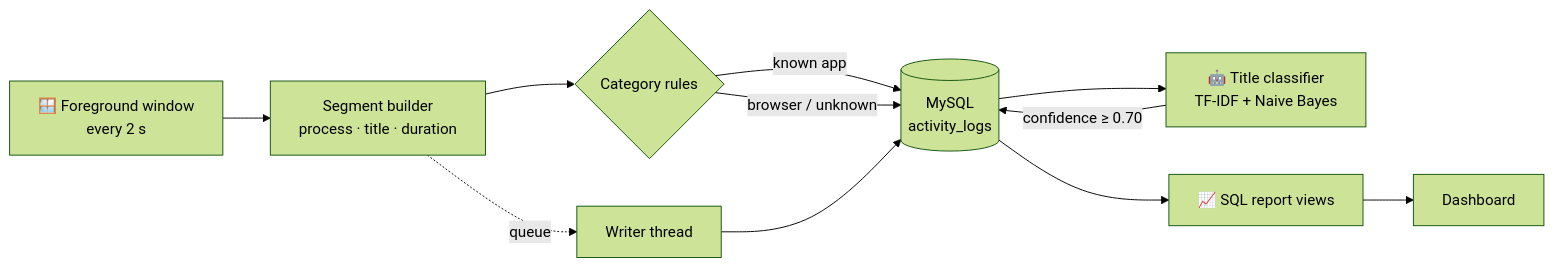
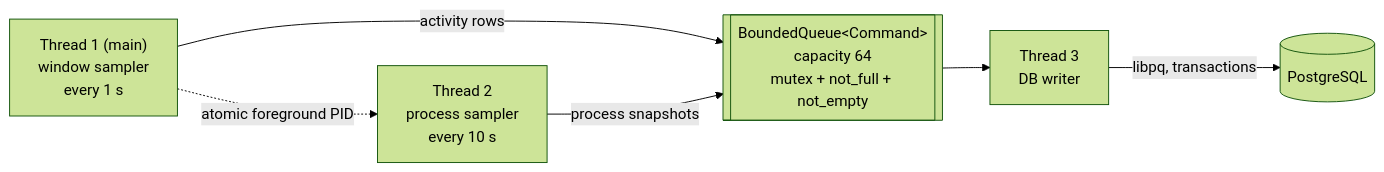
Before and after one commit to htetmyet19/FocusOs: the diagram in README.md, drawn with Mermaid (forest theme). The commit also changed other lines of this file and 43 other files, not shown here.

First line of the commit message:
Merge monitor into tracker on PostgreSQL; add OS process/CPU monitoring

````diff
--- a/README.md
+++ b/README.md
@@ -72,12 +73,8 @@
 ```mermaid
 flowchart LR
-    A[🪟 Foreground window<br/>every 2 s] --> B[Segment builder<br/>process · title · duration]
-    B --> C{Category rules}
-    C -->|known app| D[(MySQL<br/>activity_logs)]
-    C -->|browser / unknown| D
-    B -. queue .-> W[Writer thread] --> D
-    D --> E[🤖 Title classifier<br/>TF-IDF + Naive Bayes]
-    E -->|confidence ≥ 0.70| D
-    D --> F[📈 SQL report views]
-    F --> G[Dashboard]
+    T1["Thread 1 (main)<br/>window sampler<br/>every 1 s"] -->|activity rows| Q
+    T2["Thread 2<br/>process sampler<br/>every 10 s"] -->|process snapshots| Q
+    Q[["BoundedQueue&lt;Command&gt;<br/>capacity 64<br/>mutex + not_full + not_empty"]] --> T3["Thread 3<br/>DB writer"]
+    T3 -->|libpq, transactions| DB[(PostgreSQL)]
+    T1 -. "atomic foreground PID" .-> T2
 ```
````
